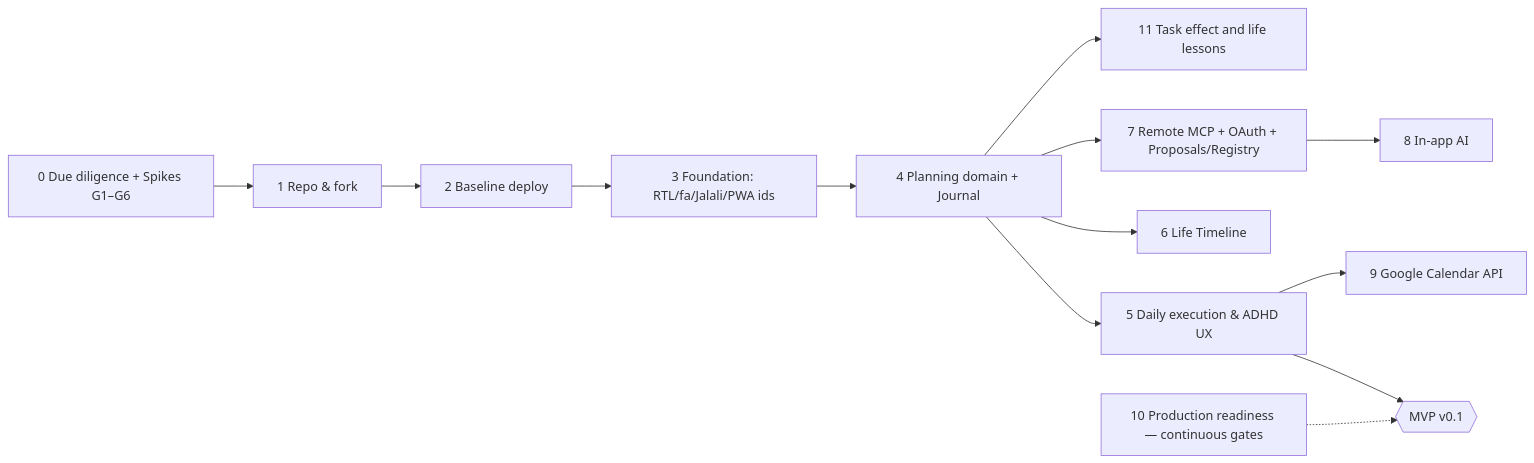
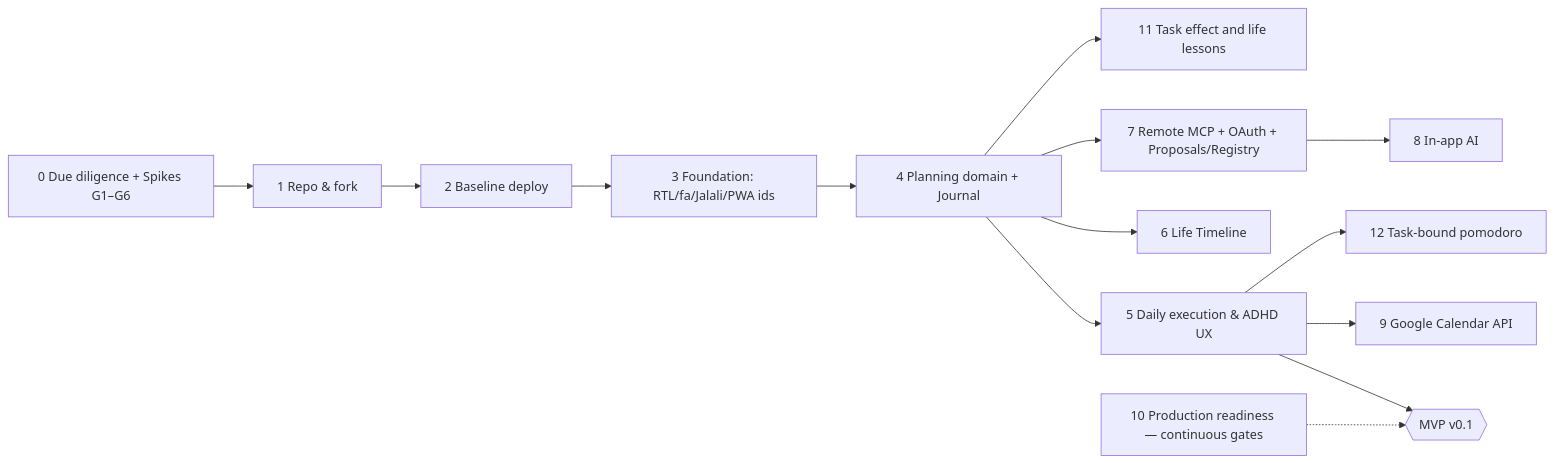
Before and after one commit to chrisvel/tududi: diagram 11 of 11 in docs/ltd/PRODUCT_BLUEPRINT.md, drawn with Mermaid. The commit also changed other lines of this file, not shown here.

Commit message:
docs: define phase 12 task-bound pomodoro

````diff
--- a/docs/ltd/PRODUCT_BLUEPRINT.md
+++ b/docs/ltd/PRODUCT_BLUEPRINT.md
@@ -1570,11 +1612,12 @@
 ```mermaid
 flowchart LR
   P0[0 Due diligence + Spikes G1–G6] --> P1[1 Repo & fork] --> P2[2 Baseline deploy] --> P3[3 Foundation: RTL/fa/Jalali/PWA ids] --> P4[4 Planning domain + Journal] --> P5[5 Daily execution & ADHD UX]
   P5 --> MVP{{MVP v0.1}}
   P4 --> P6[6 Life Timeline]
   P4 --> P7[7 Remote MCP + OAuth + Proposals/Registry]
   P7 --> P8[8 In-app AI]
   P5 --> P9[9 Google Calendar API]
   P4 --> P11[11 Task effect and life lessons]
+  P5 --> P12[12 Task-bound pomodoro]
   P10[10 Production readiness — continuous gates] -.-> MVP
 ```
````
